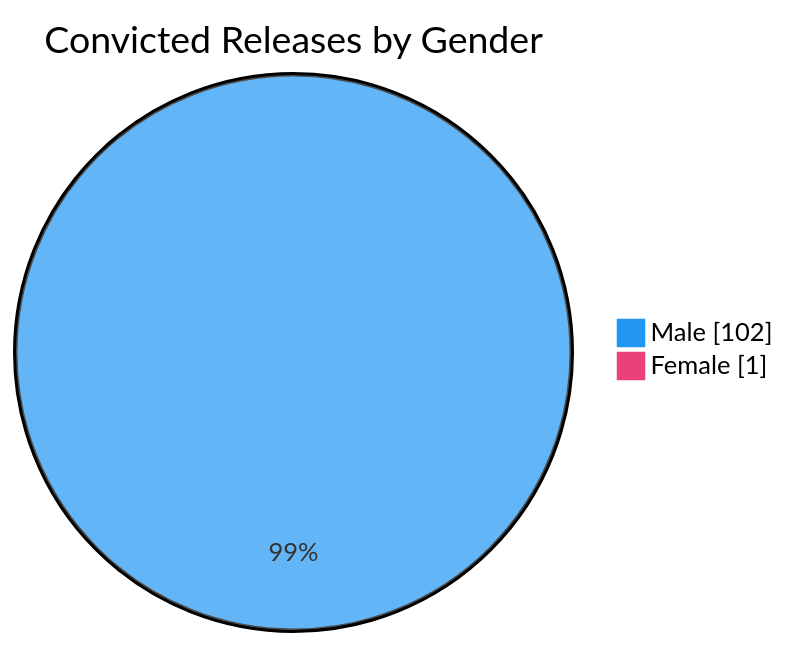
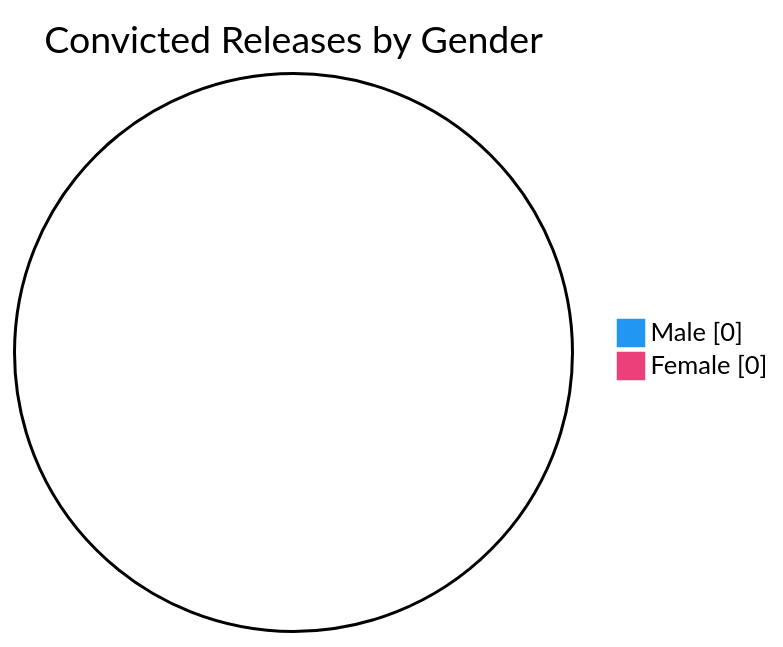
Before and after one commit to nuuuwan/lk_prisons: the sixth of 7 diagrams in README.md, drawn with Mermaid. The commit also changed other lines of this file and 1 other file, not shown here.

````diff
--- a/README.md
+++ b/README.md
@@ -98,6 +98,6 @@
 ```mermaid
 %%{init: {'themeVariables': {'pie1': '#2196F3', 'pie2': '#EC407A'}}}%%
 pie showData title Convicted Releases by Gender
-    "Male" : 102
-    "Female" : 1
+    "Male" : 0
+    "Female" : 0
 ```
````
